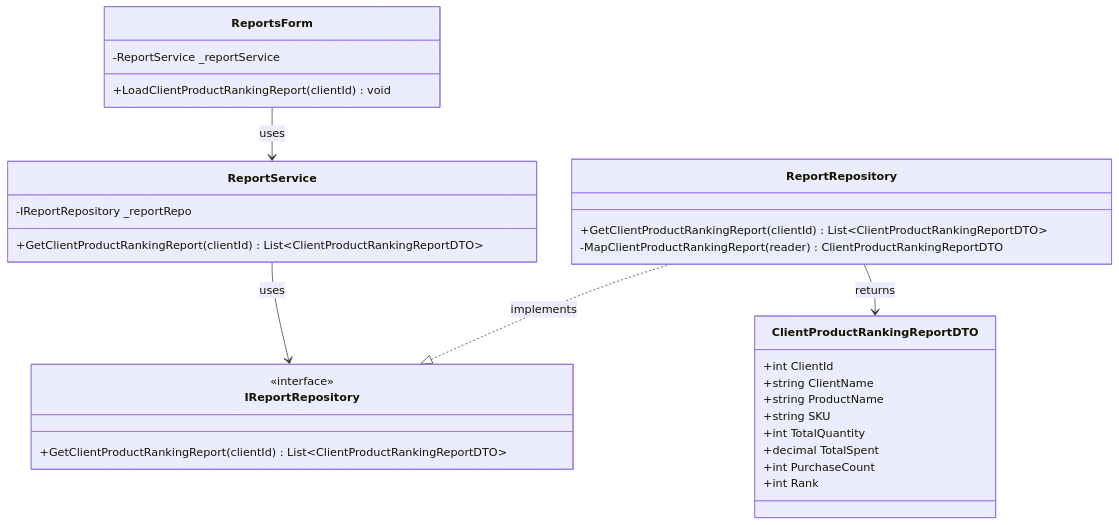
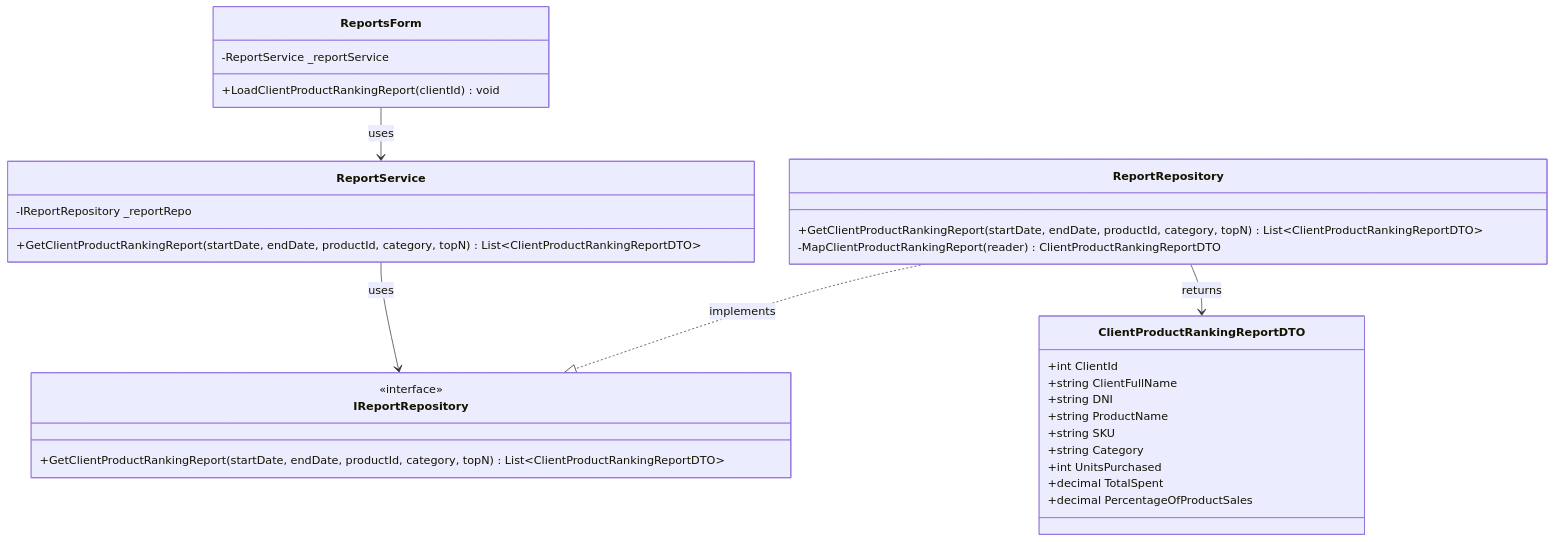
The second of 7 diagrams in Documentation/UML_Diagrams/09_Reports_Management_Process_Class_Diagram.md (nahuk86/tp_diploma_nk_2026), drawn with Mermaid before and after one commit. The commit also changed other lines of this file and 4 other files, not shown here.

Commit message:
Update UML diagrams 08-12 to reflect actual implementation

````diff
--- a/Documentation/UML_Diagrams/09_Reports_Management_Process_Class_Diagram.md
+++ b/Documentation/UML_Diagrams/09_Reports_Management_Process_Class_Diagram.md
@@ -60,38 +58,39 @@
 ```mermaid
 classDiagram
     class ReportsForm {
         -ReportService _reportService
         +LoadClientProductRankingReport(clientId) void
     }
 
     class ReportService {
         -IReportRepository _reportRepo
-        +GetClientProductRankingReport(clientId) List~ClientProductRankingReportDTO~
+        +GetClientProductRankingReport(startDate, endDate, productId, category, topN) List~ClientProductRankingReportDTO~
     }
 
     class IReportRepository {
         <<interface>>
-        +GetClientProductRankingReport(clientId) List~ClientProductRankingReportDTO~
+        +GetClientProductRankingReport(startDate, endDate, productId, category, topN) List~ClientProductRankingReportDTO~
     }
 
     class ReportRepository {
-        +GetClientProductRankingReport(clientId) List~ClientProductRankingReportDTO~
+        +GetClientProductRankingReport(startDate, endDate, productId, category, topN) List~ClientProductRankingReportDTO~
         -MapClientProductRankingReport(reader) ClientProductRankingReportDTO
     }
 
     class ClientProductRankingReportDTO {
         +int ClientId
-        +string ClientName
+        +string ClientFullName
+        +string DNI
         +string ProductName
         +string SKU
-        +int TotalQuantity
+        +string Category
+        +int UnitsPurchased
         +decimal TotalSpent
-        +int PurchaseCount
-        +int Rank
+        +decimal PercentageOfProductSales
     }
 
     ReportsForm --> ReportService : uses
     ReportService --> IReportRepository : uses
     ReportRepository ..|> IReportRepository : implements
     ReportRepository --> ClientProductRankingReportDTO : returns
 ```
````
